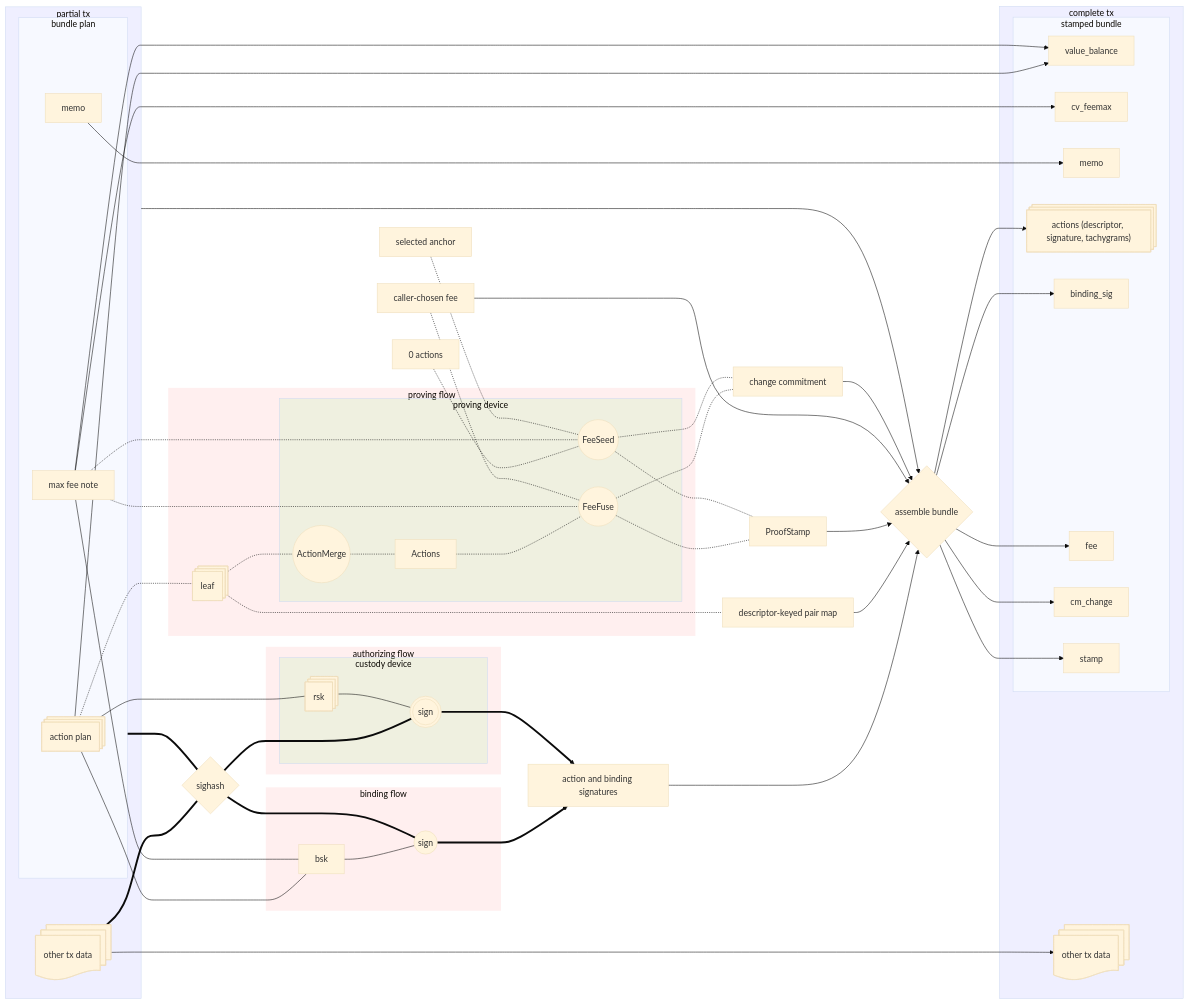
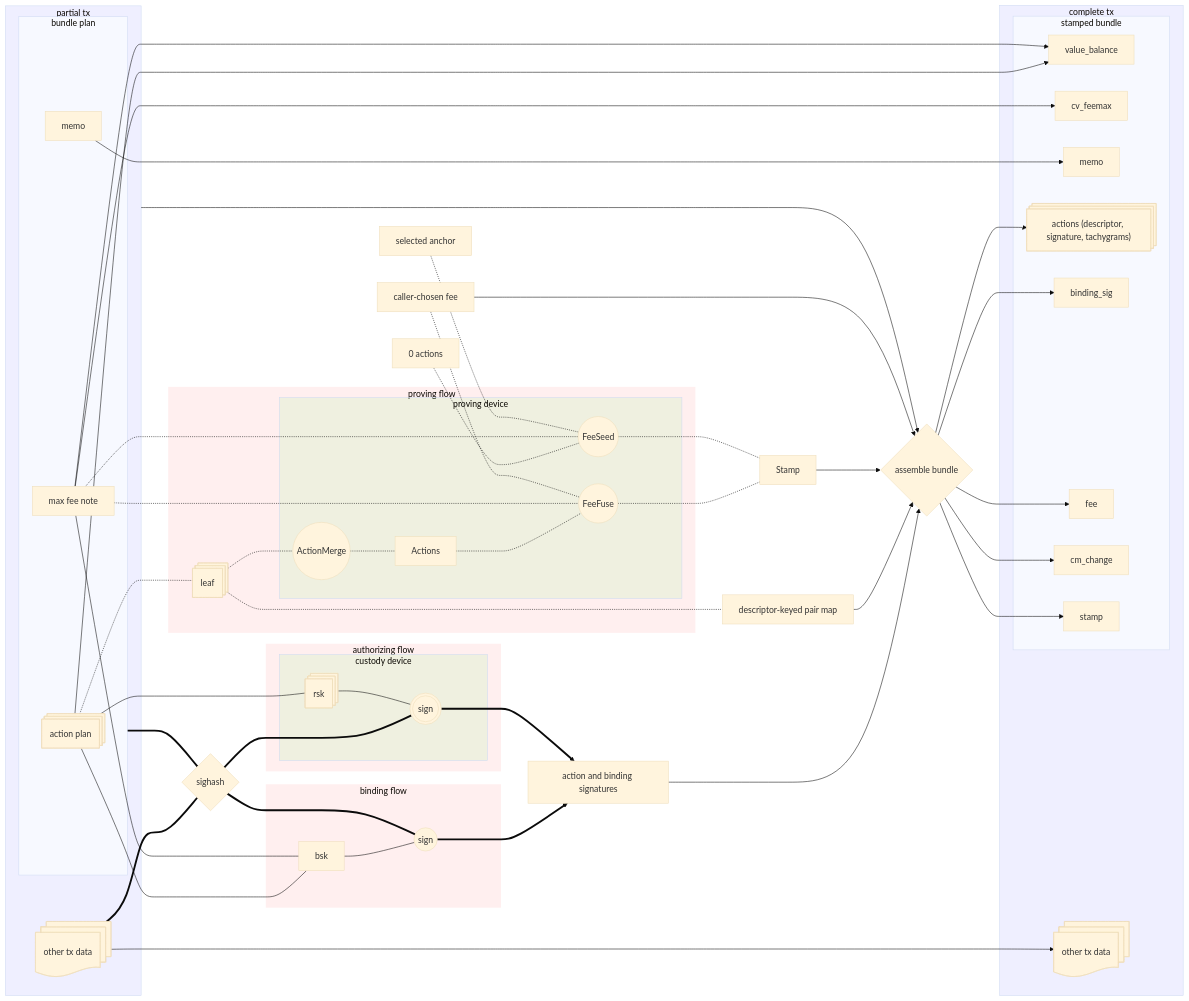
One commit to tachyon-zcash/tachyon changed the second of 3 diagrams in book/src/authorization.md. Above: the diagram before and after it, drawn with Mermaid (base theme). The commit also changed other lines of this file and 16 other files, not shown here.

```diff
--- a/book/src/authorization.md
+++ b/book/src/authorization.md
@@ -241,10 +241,10 @@
             fee_seed((FeeSeed))
         end
     end
-    action_plan -.- leaf -.- merge -.- actions -.- fee_fuse -.- proved_stamp["ProofStamp"]
+    action_plan -.- leaf -.- merge -.- actions -.- fee_fuse -.- proved_stamp["Stamp"]
     leaf -.- pairs["descriptor-keyed pair map"]
     zero_actions["0 actions"] -.- fee_seed -.- proved_stamp
-    max_fee_note -.- fee_fuse & fee_seed -.- proved_change["change commitment"]
+    max_fee_note -.- fee_fuse & fee_seed
     chosen_fee["caller-chosen fee"] -.- fee_fuse
     selected_anchor["selected anchor"] -.- fee_seed
 
@@ -270,7 +270,7 @@
     signatures["action and binding signatures"] --> join{"assemble bundle"}
     pczt --> join
     pairs --> join
-    proved_stamp & chosen_fee & proved_change --> join
+    proved_stamp & chosen_fee --> join
     join --> action & binding_sig & stamp & fee & cm_change
 
     other1 --> other2
```
